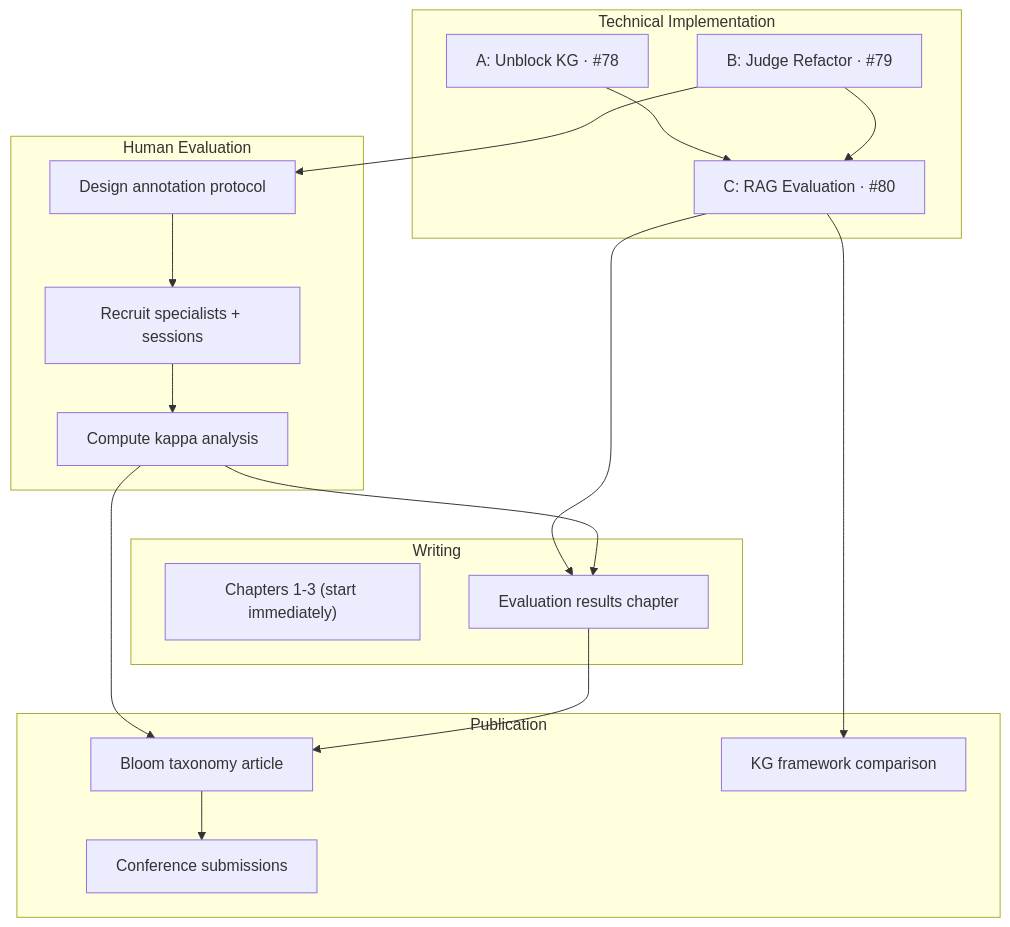
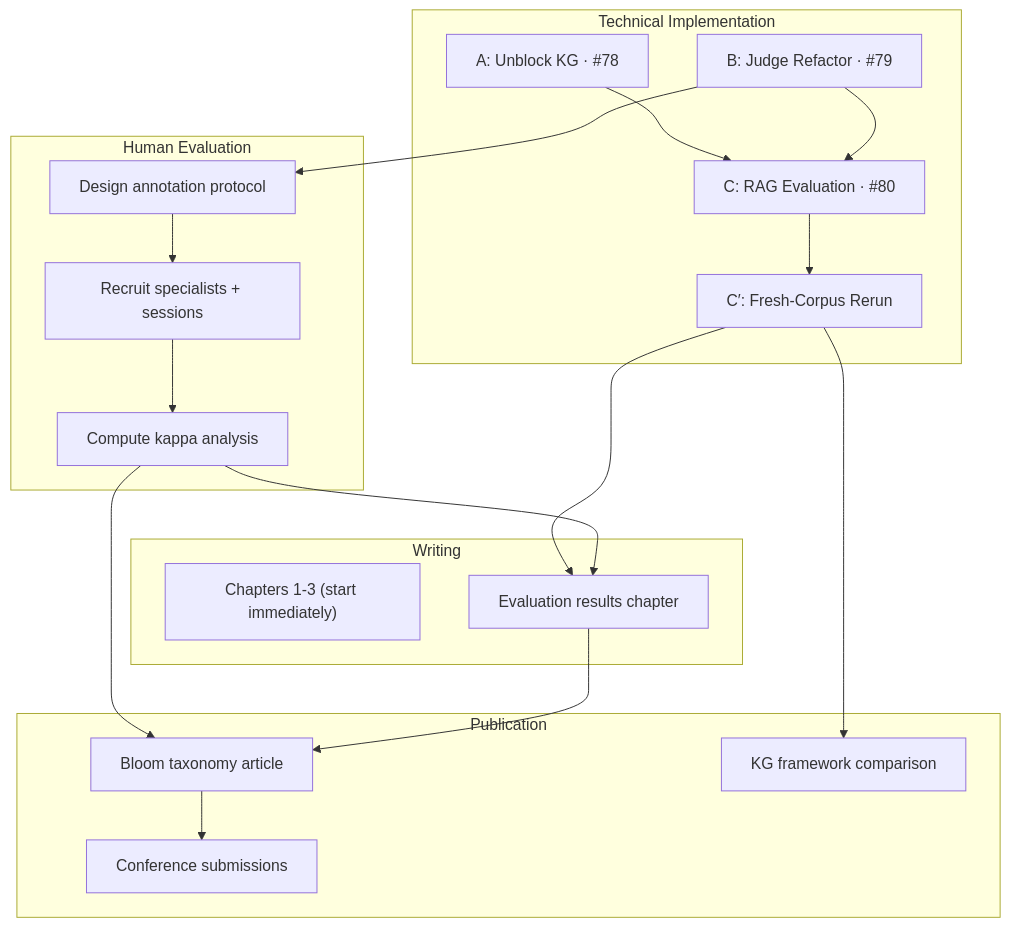
Before and after one commit to FredDsR/arandu: the second of 2 diagrams in docs/planning/ROADMAP.md, drawn with Mermaid. The commit also changed other lines of this file and 4 other files, not shown here.

````diff
--- a/docs/planning/ROADMAP.md
+++ b/docs/planning/ROADMAP.md
@@ -47,34 +60,36 @@
 ```mermaid
 flowchart TD
     subgraph impl ["Technical Implementation"]
         A["A: Unblock KG · #78"]
         B["B: Judge Refactor · #79"]
         C["C: RAG Evaluation · #80"]
+        CR["C′: Fresh-Corpus Rerun"]
         A --> C
         B --> C
+        C --> CR
     end
 
     subgraph human ["Human Evaluation"]
         D2["Design annotation protocol"]
         D3["Recruit specialists + sessions"]
         D4["Compute kappa analysis"]
         B --> D2 --> D3 --> D4
     end
 
     subgraph writing ["Writing"]
         D1["Chapters 1-3 (start immediately)"]
         D5["Evaluation results chapter"]
-        C --> D5
+        CR --> D5
         D4 --> D5
     end
 
     subgraph pub ["Publication"]
         E1["Bloom taxonomy article"]
         E2["KG framework comparison"]
         E3["Conference submissions"]
         D4 --> E1
         D5 --> E1
-        C --> E2
+        CR --> E2
         E1 --> E3
     end
 ```
````
